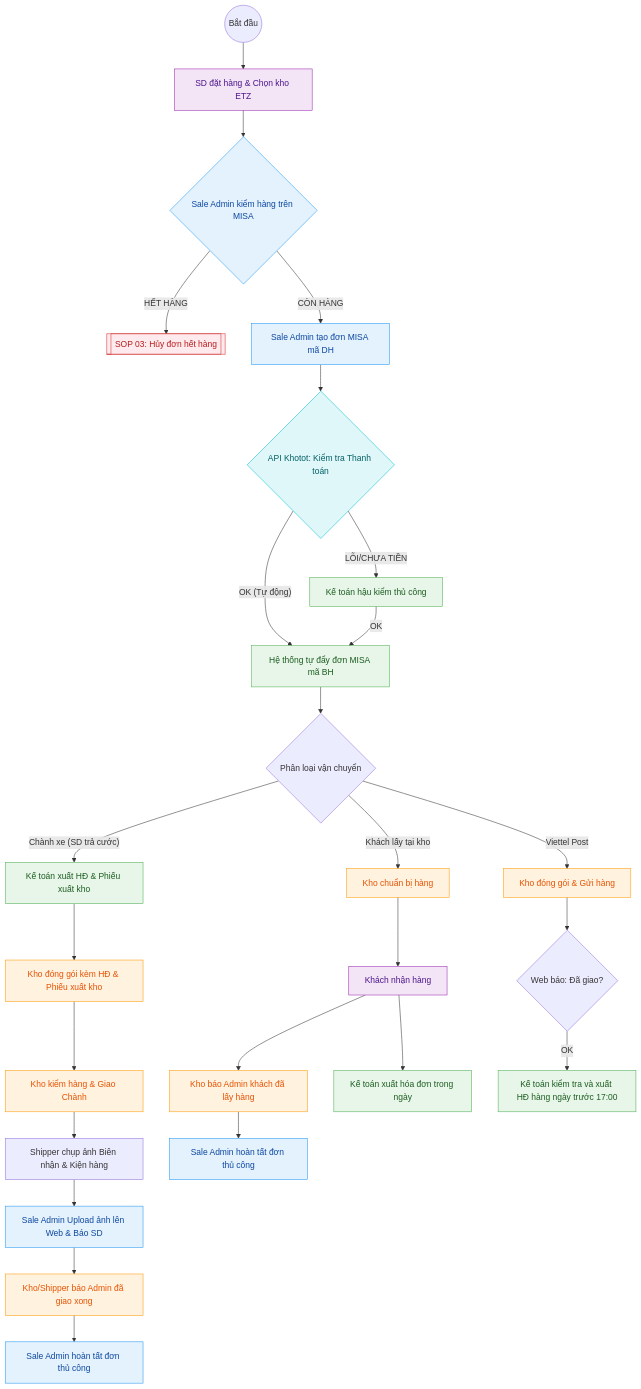
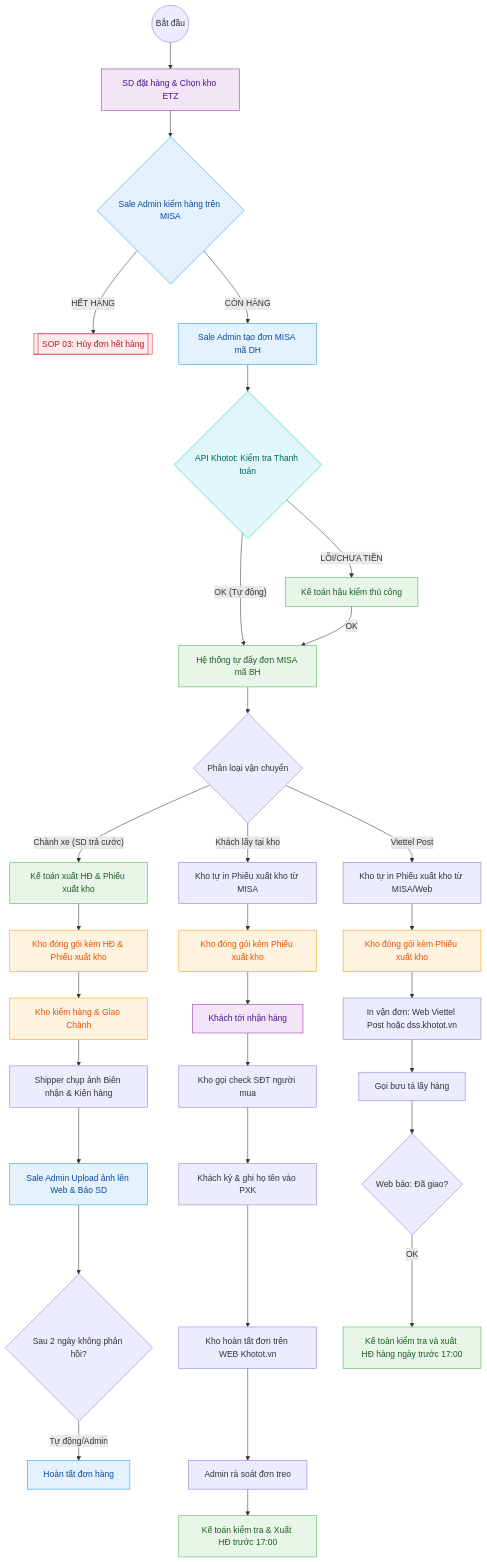
One commit to babaduoc/digitalgarden changed the diagram in src/site/notes/01_TONG_QUAN_LY_DU_AN/2_PHONG_VAN_HANH/SOP_2.0_Xu_Ly_Don_Hang_Chuan 2.md. Above: the diagram before and after it, drawn with Mermaid. The commit also changed other lines of this file and 2 other files, not shown here.

````diff
--- a/src/site/notes/01_TONG_QUAN_LY_DU_AN/2_PHONG_VAN_HANH/SOP_2.0_Xu_Ly_Don_Hang_Chuan 2.md
+++ b/src/site/notes/01_TONG_QUAN_LY_DU_AN/2_PHONG_VAN_HANH/SOP_2.0_Xu_Ly_Don_Hang_Chuan 2.md
@@ -22,56 +22,62 @@
 ```mermaid
 
 graph TD
     %% Định nghĩa màu tương phản cao %%
     classDef sd fill:#F3E5F5,stroke:#9C27B0,color:#4A148C;
     classDef sale_admin fill:#E3F2FD,stroke:#2196F3,color:#0D47A1;
     classDef acc fill:#E8F5E9,stroke:#4CAF50,color:#1B5E20;
     classDef wh fill:#FFF3E0,stroke:#FF9800,color:#E65100;
     classDef error fill:#FFEBEE,stroke:#D32F2F,color:#B71C1C;
     classDef system fill:#E0F7FA,stroke:#00BCD4,color:#006064;
 
     Start((Bắt đầu)) --> SD_Order[SD đặt hàng & Chọn kho ETZ]
     
     %% Vai trò Sale Admin %%
     SD_Order --> SaleAdmin_Check{Sale Admin kiểm hàng trên MISA}
     
     SaleAdmin_Check -- "HẾT HÀNG" --> OutOfStock[["SOP 03: Hủy đơn hết hàng"]]
     click OutOfStock "/01-tong-quan-ly-du-an/2-phong-van-hanh/sop-3-huy-don-het-hang/"
     SaleAdmin_Check -- "CÒN HÀNG" --> SaleAdmin_DH[Sale Admin tạo đơn MISA mã DH]
     SaleAdmin_DH --> API_Check{API Khotot: Kiểm tra Thanh toán}
 
     %% Tự động hóa (Hệ thống) %%
     API_Check -- "OK (Tự động)" --> Acc_BH[Hệ thống tự đẩy đơn MISA mã BH]
     API_Check -- "LỖI/CHƯA TIỀN" --> Acc_Manual[Kế toán hậu kiểm thủ công]
     Acc_Manual -- OK --> Acc_BH
     
     Acc_BH --> Ship_Type{Phân loại vận chuyển}
 
     %% Nhánh Chành xe %%
     Ship_Type -- "Chành xe (SD trả cước)" --> Acc_Inv_1[Kế toán xuất HĐ & Phiếu xuất kho]
     Acc_Inv_1 --> WH_Pack_1[Kho đóng gói kèm HĐ & Phiếu xuất kho]
     WH_Pack_1 --> WH_Check[Kho kiểm hàng & Giao Chành]
     WH_Check --> WH_Photo[Shipper chụp ảnh Biên nhận & Kiện hàng]
     WH_Photo --> Admin_Upload[Sale Admin Upload ảnh lên Web & Báo SD]
-    Admin_Upload --> WH_Confirm[Kho/Shipper báo Admin đã giao xong]
-    WH_Confirm --> Admin_Finish_1[Sale Admin hoàn tất đơn thủ công]
+    Admin_Upload --> Rule_2D{Sau 2 ngày không phản hồi?}
+    Rule_2D -- "Tự động/Admin" --> Admin_Finish_1[Hoàn tất đơn hàng]
 
     %% Nhánh Tại kho %%
-    Ship_Type -- Khách lấy tại kho --> WH_Pack_2[Kho chuẩn bị hàng]
-    WH_Pack_2 --> SD_Pick[Khách nhận hàng]
-    SD_Pick --> WH_Confirm_2[Kho báo Admin khách đã lấy hàng]
-    WH_Confirm_2 --> Admin_Finish_2[Sale Admin hoàn tất đơn thủ công]
-    SD_Pick --> Acc_Inv_2[Kế toán xuất hóa đơn trong ngày]
+    Ship_Type -- "Khách lấy tại kho" --> WH_Print_PXK_2[Kho tự in Phiếu xuất kho từ MISA]
+    WH_Print_PXK_2 --> WH_Pack_2[Kho đóng gói kèm Phiếu xuất kho]
+    WH_Pack_2 --> SD_Pick[Khách tới nhận hàng]
+    SD_Pick --> WH_Verify[Kho gọi check SĐT người mua]
+    WH_Verify --> SD_Sign[Khách ký & ghi họ tên vào PXK]
+    SD_Sign --> WH_Finish_Web[Kho hoàn tất đơn trên WEB Khotot.vn]
+    WH_Finish_Web --> Admin_Check[Admin rà soát đơn treo]
+    Admin_Check --> Acc_Inv_2[Kế toán kiểm tra & Xuất HĐ trước 17:00]
 
     %% Nhánh Viettel Post %%
-    Ship_Type -- Viettel Post --> WH_Pack_3[Kho đóng gói & Gửi hàng]
-    WH_Pack_3 --> API_Delivered{Web báo: Đã giao?}
+    Ship_Type -- Viettel Post --> WH_Print_PXK[Kho tự in Phiếu xuất kho từ MISA/Web]
+    WH_Print_PXK --> WH_Pack_3[Kho đóng gói kèm Phiếu xuất kho]
+    WH_Pack_3 --> WH_Print_VT[In vận đơn: Web Viettel Post hoặc dss.khotot.vn]
+    WH_Print_VT --> WH_Call_VT[Gọi bưu tá lấy hàng]
+    WH_Call_VT --> API_Delivered{Web báo: Đã giao?}
     API_Delivered -- OK --> Acc_Inv_3[Kế toán kiểm tra và xuất HĐ hàng ngày trước 17:00]
-
+    
     class SD_Order,SD_Pick sd;
     class SaleAdmin_Check,SaleAdmin_DH,Admin_Upload,Admin_Finish_1,Admin_Finish_2 sale_admin;
     class Acc_BH,Acc_Manual,Acc_Inv_1,Acc_Inv_2,Acc_Inv_3 acc;
     class WH_Pack_1,WH_Pack_2,WH_Pack_3,WH_Check,WH_Confirm,WH_Confirm_2 wh;
     class OutOfStock error;
     class API_Check system;
 ```
````
